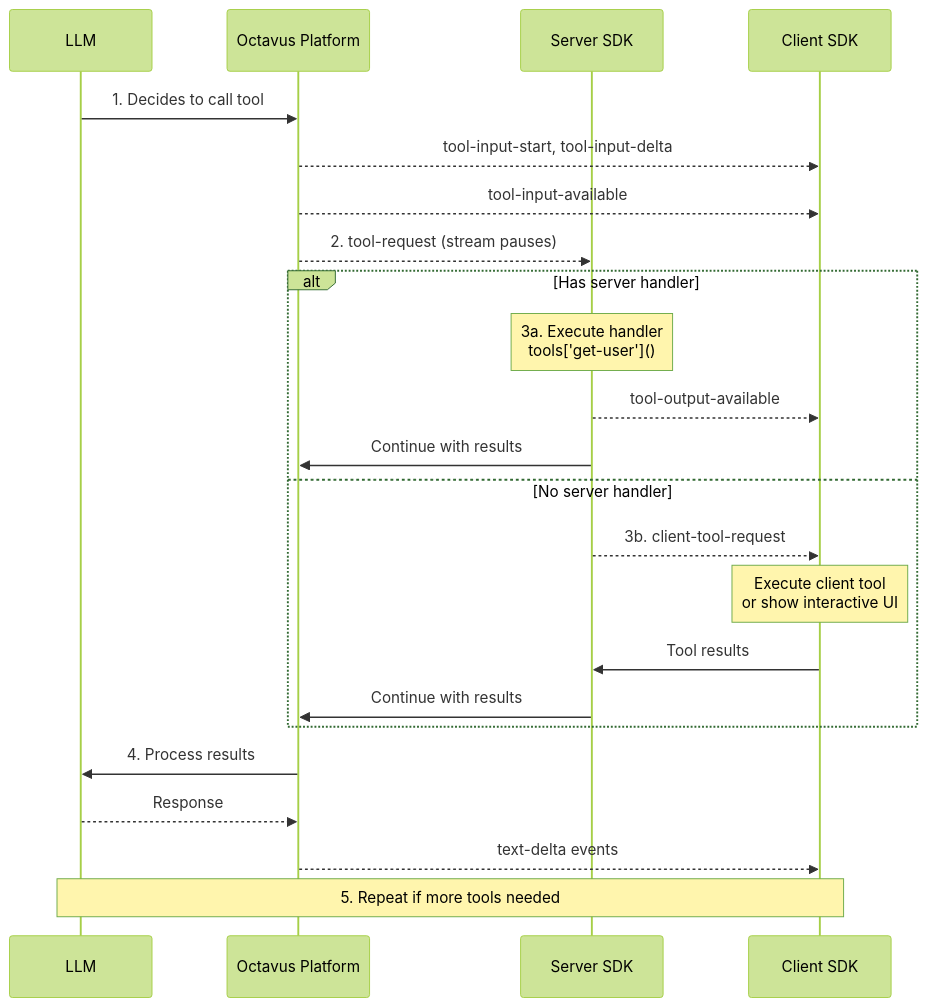
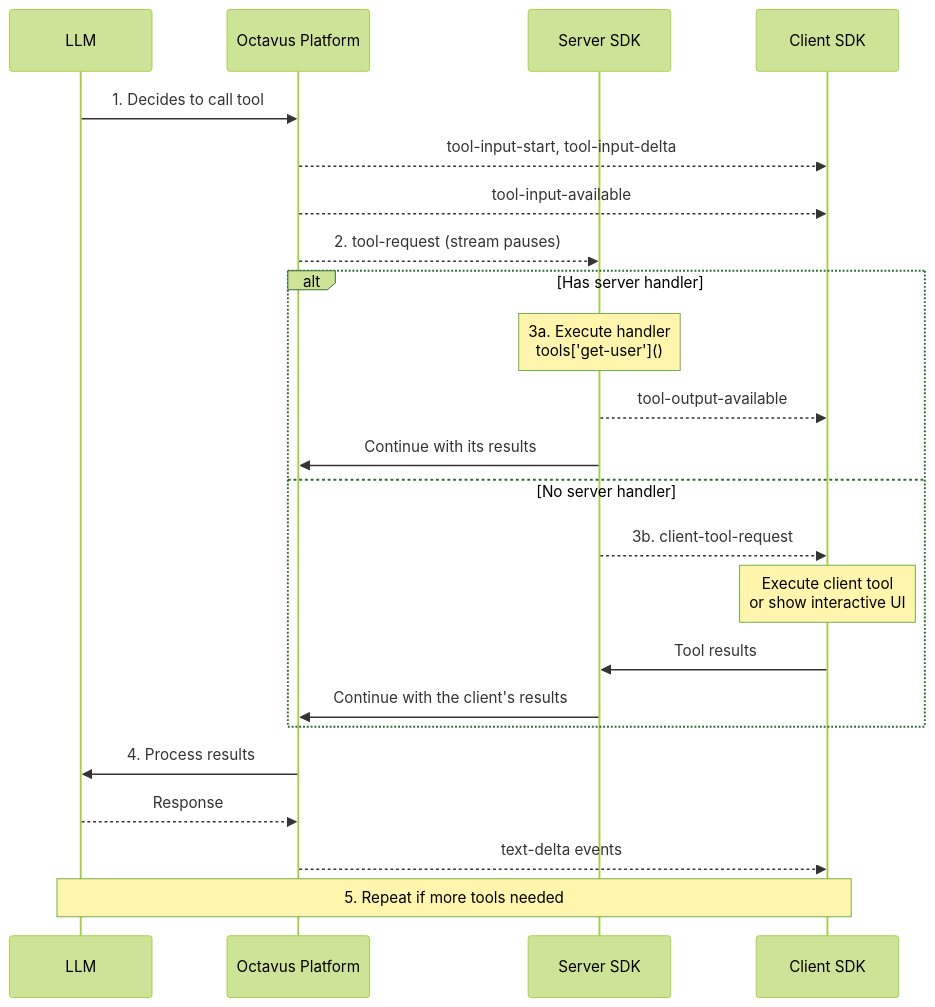
The diagram in packages/docs/content/02-server-sdk/03-tools.md (octavus-ai/agent-sdk), drawn with Mermaid (forest theme) before and after one commit. The commit also changed other lines of this file and 77 other files, not shown here.

````diff
--- a/packages/docs/content/02-server-sdk/03-tools.md
+++ b/packages/docs/content/02-server-sdk/03-tools.md
@@ -162,29 +164,29 @@
 ```mermaid
 sequenceDiagram
     participant LLM
     participant Platform as Octavus Platform
     participant SDK as Server SDK
     participant Client as Client SDK
 
     LLM->>Platform: 1. Decides to call tool
     Platform-->>Client: tool-input-start, tool-input-delta
     Platform-->>Client: tool-input-available
     Platform-->>SDK: 2. tool-request (stream pauses)
 
     alt Has server handler
         Note over SDK: 3a. Execute handler<br/>tools['get-user']()
         SDK-->>Client: tool-output-available
-        SDK->>Platform: Continue with results
+        SDK->>Platform: Continue with its results
     else No server handler
         SDK-->>Client: 3b. client-tool-request
         Note over Client: Execute client tool<br/>or show interactive UI
         Client->>SDK: Tool results
-        SDK->>Platform: Continue with results
+        SDK->>Platform: Continue with the client's results
     end
 
     Platform->>LLM: 4. Process results
     LLM-->>Platform: Response
     Platform-->>Client: text-delta events
 
     Note over LLM,Client: 5. Repeat if more tools needed
 ```
````
